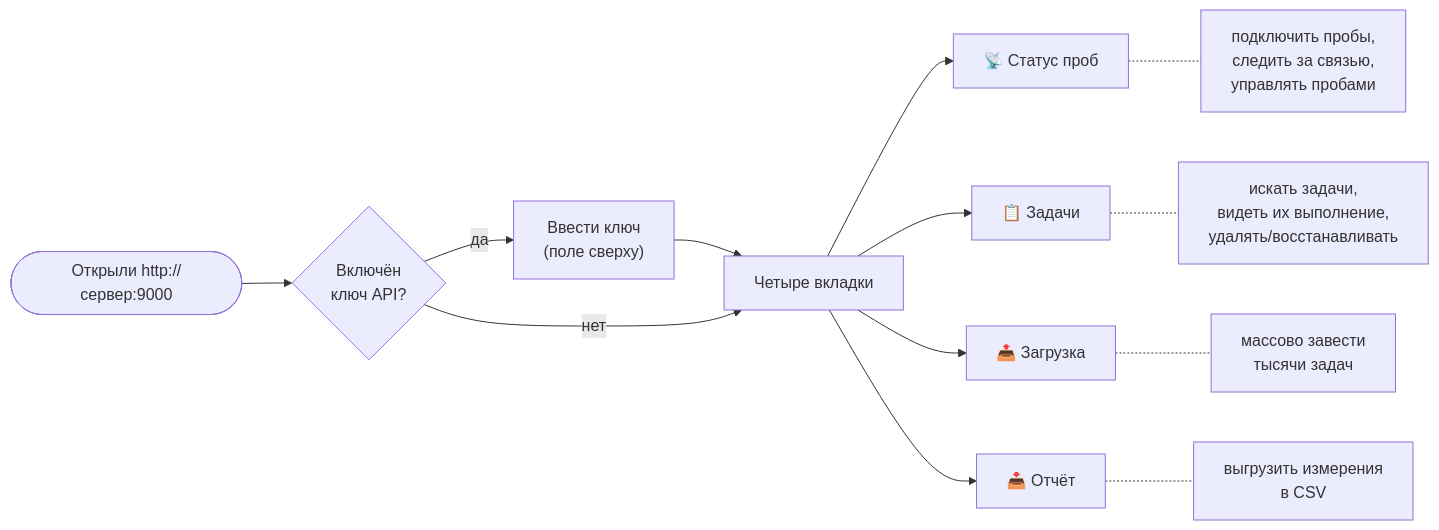
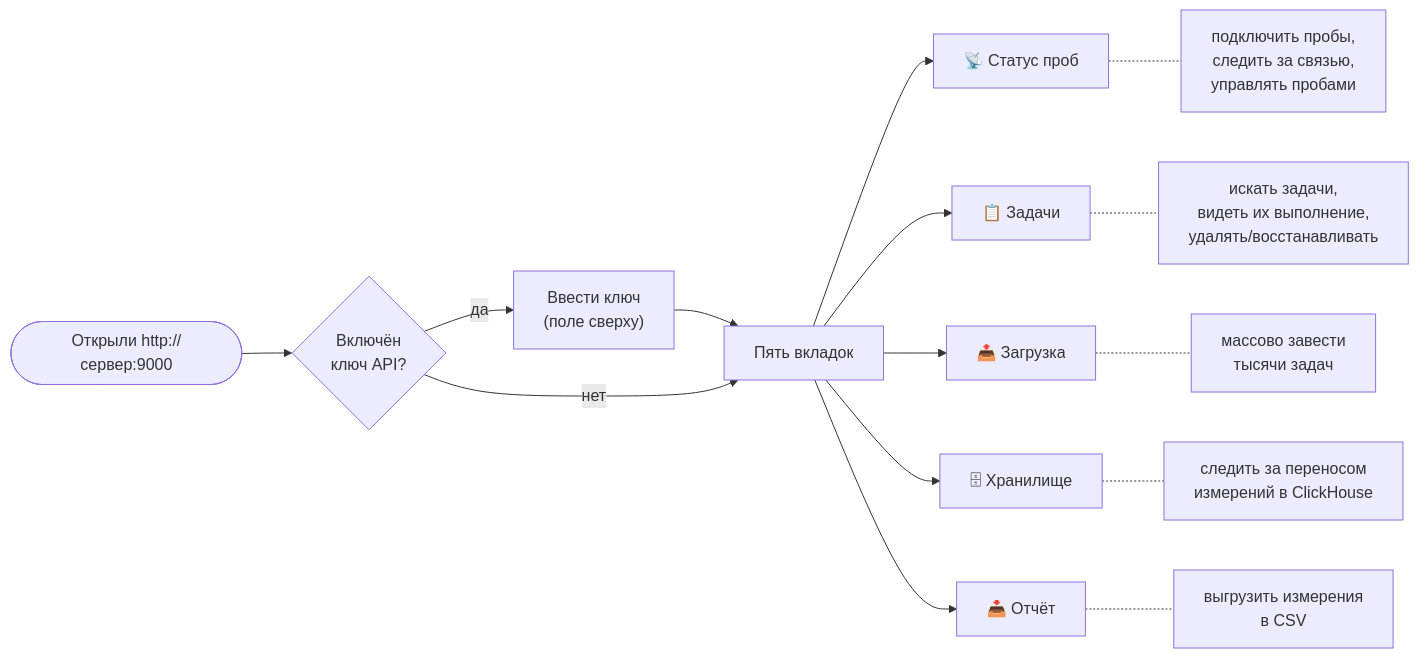
The first of 2 diagrams in docs/user-guide.md (akprof2000/twamp-probe), drawn with Mermaid before and after one commit. The commit also changed other lines of this file and 31 other files, not shown here.

First line of the commit message:
Версия 1.3.0 — перенос измерений в ClickHouse

````diff
--- a/docs/user-guide.md
+++ b/docs/user-guide.md
@@ -14,14 +14,16 @@
 ```mermaid
 flowchart LR
     start(["Открыли http://сервер:9000"]) --> key{"Включён<br/>ключ API?"}
     key -- да --> enter["Ввести ключ<br/>(поле сверху)"] --> tabs
     key -- нет --> tabs
-    tabs["Четыре вкладки"] --> t1["📡 Статус проб"]
+    tabs["Пять вкладок"] --> t1["📡 Статус проб"]
     tabs --> t2["📋 Задачи"]
     tabs --> t3["📤 Загрузка"]
+    tabs --> t5["🗄 Хранилище"]
     tabs --> t4["📥 Отчёт"]
     t1 -.- d1["подключить пробы,<br/>следить за связью,<br/>управлять пробами"]
     t2 -.- d2["искать задачи,<br/>видеть их выполнение,<br/>удалять/восстанавливать"]
     t3 -.- d3["массово завести<br/>тысячи задач"]
+    t5 -.- d5["следить за переносом<br/>измерений в ClickHouse"]
     t4 -.- d4["выгрузить измерения<br/>в CSV"]
 ```
````
